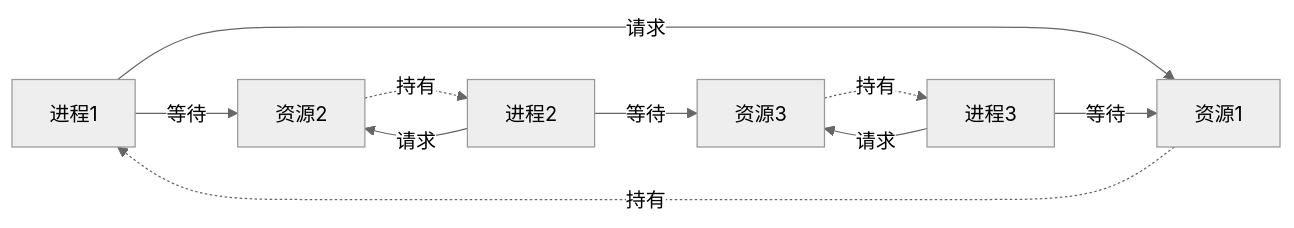
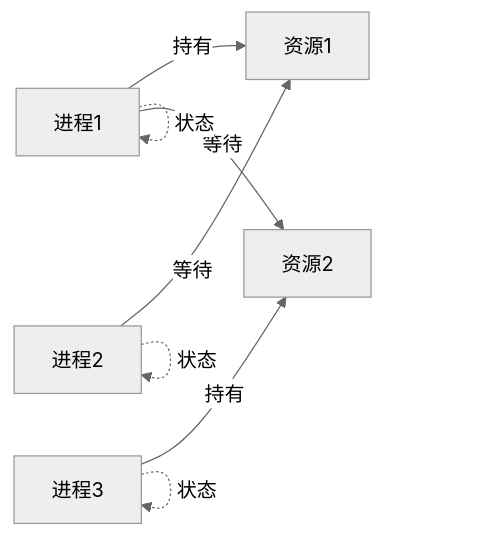
Before and after one commit to AdaMartin18010/Lean: diagram 16 of 18 in analysis/1-形式化理论/1.4-Petri网与分布式系统/1.4.6-图表与多表征.md, drawn with Mermaid (neutral theme). The commit also changed other lines of this file and 24 other files, not shown here.

````diff
--- a/analysis/1-形式化理论/1.4-Petri网与分布式系统/1.4.6-图表与多表征.md
+++ b/analysis/1-形式化理论/1.4-Petri网与分布式系统/1.4.6-图表与多表征.md
@@ -165,14 +652,11 @@
 ```mermaid
 graph LR
-  P1[进程1] -->|请求| R1[资源1]
-  P2[进程2] -->|请求| R2[资源2]
-  P3[进程3] -->|请求| R3[资源3]
+  P1[进程1] -->|持有| R1[资源1]
+  P2[进程2] -->|等待| R1
+  P3[进程3] -->|持有| R2[资源2]
+  P1 -->|等待| R2
   
-  P1 -->|等待| R2
-  P2 -->|等待| R3
-  P3 -->|等待| R1
-  
-  R1 -.->|持有| P1
-  R2 -.->|持有| P2
-  R3 -.->|持有| P3
+  P1 -.->|状态| P1
+  P2 -.->|状态| P2
+  P3 -.->|状态| P3
 ```
````
